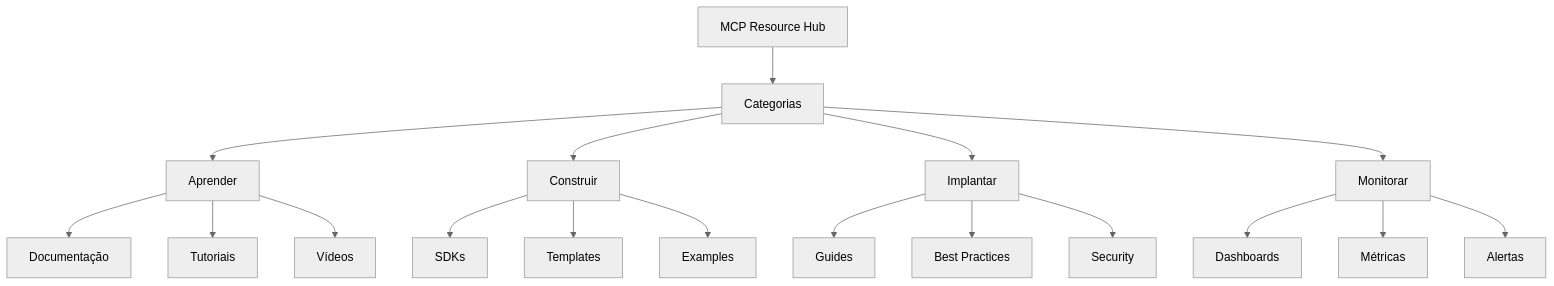
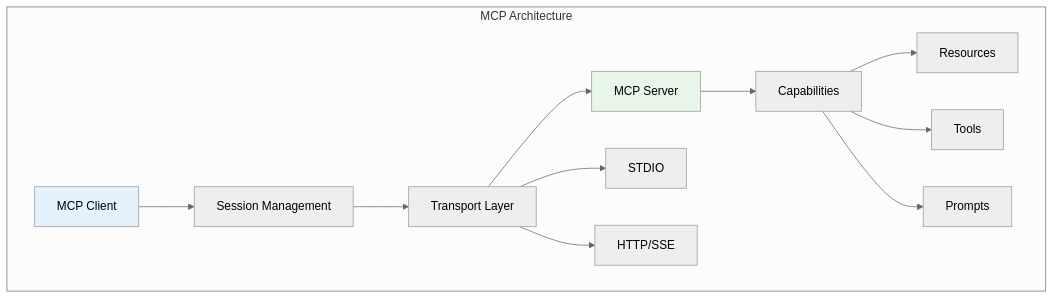
One commit to felipepimentel/my-public-notes changed diagram 15 of 17 in AI/Comunicação/MCP/00-mcp-presentation-zero to hero.md. Above: the diagram before and after it, drawn with Mermaid (neutral theme). The commit also changed other lines of this file, not shown here.

````diff
--- a/AI/Comunicação/MCP/00-mcp-presentation-zero to hero.md
+++ b/AI/Comunicação/MCP/00-mcp-presentation-zero to hero.md
@@ -688,25 +418,19 @@
 ```mermaid
-graph TD
-    HUB[MCP Resource Hub] --> CAT[Categorias]
+graph TB
+    subgraph "MCP Architecture"
+        CLIENT[MCP Client] --> SESSION[Session Management]
+        SESSION --> TRANSPORT[Transport Layer]
+        TRANSPORT --> SERVER[MCP Server]
+        
+        SERVER --> CAP[Capabilities]
+        CAP --> RES[Resources]
+        CAP --> TOOLS[Tools]
+        CAP --> PROMPTS[Prompts]
+        
+        TRANSPORT --> STDIO[STDIO]
+        TRANSPORT --> HTTP[HTTP/SSE]
+    end
     
-    CAT --> LEARN[Aprender]
-    CAT --> BUILD[Construir]
-    CAT --> DEPLOY[Implantar]
-    CAT --> MONITOR[Monitorar]
-    
-    LEARN --> L1[Documentação]
-    LEARN --> L2[Tutoriais]
-    LEARN --> L3[Vídeos]
-    
-    BUILD --> B1[SDKs]
-    BUILD --> B2[Templates]
-    BUILD --> B3[Examples]
-    
-    DEPLOY --> D1[Guides]
-    DEPLOY --> D2[Best Practices]
-    DEPLOY --> D3[Security]
-    
-    MONITOR --> M1[Dashboards]
-    MONITOR --> M2[Métricas]
-    MONITOR --> M3[Alertas]
+    style CLIENT fill:#e3f2fd
+    style SERVER fill:#e8f5e9
 ```
````
